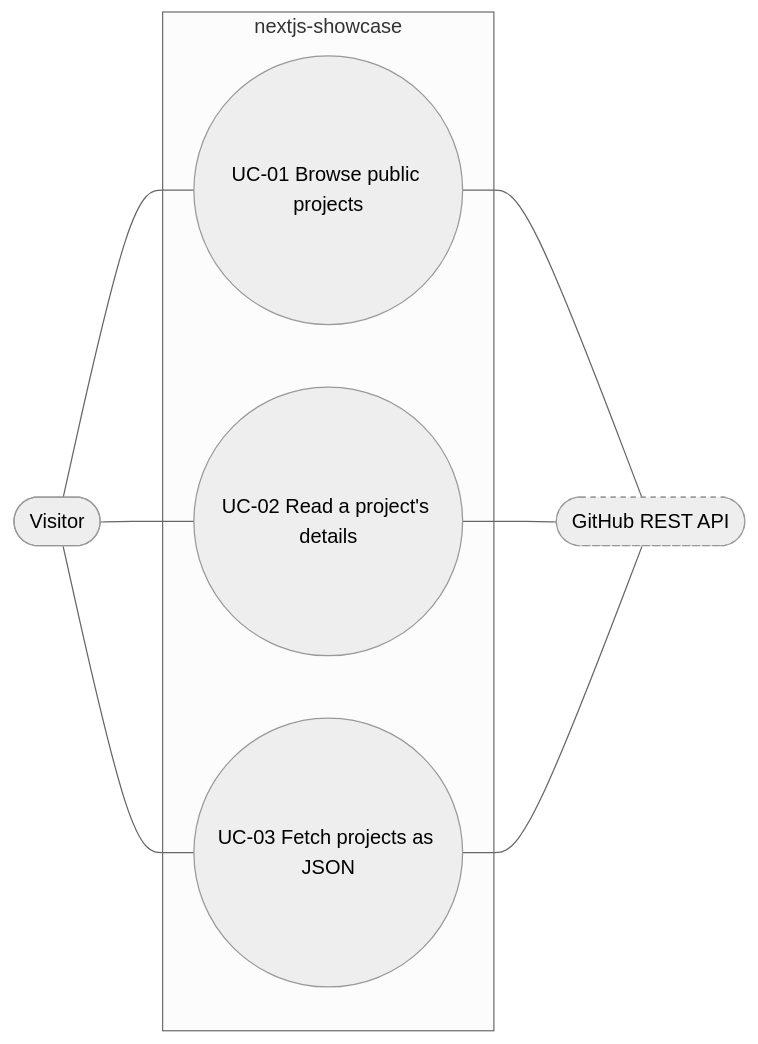
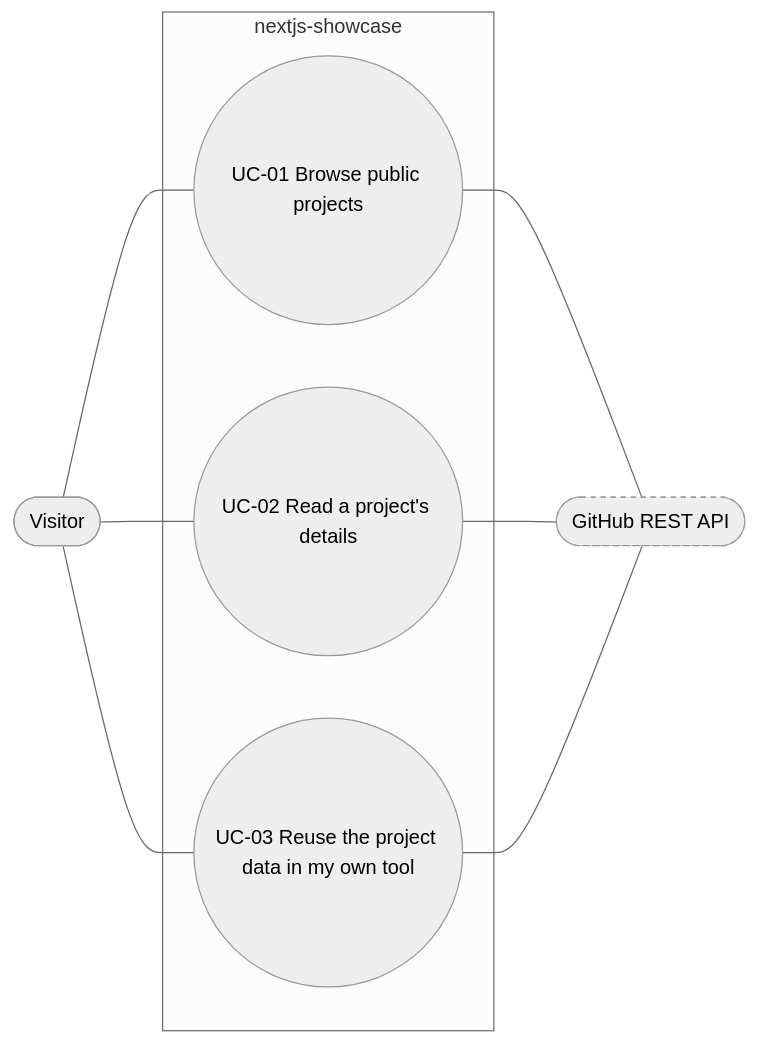
The diagram in docs/architecture/diagrams/dashboard/01-use-case.md (benoit-bremaud/nextjs-showcase), drawn with Mermaid (neutral theme) before and after one commit. The commit also changed other lines of this file and 5 other files, not shown here.

First line of the commit message:
docs(architecture): apply the local review to the conception

````diff
--- a/docs/architecture/diagrams/dashboard/01-use-case.md
+++ b/docs/architecture/diagrams/dashboard/01-use-case.md
@@ -5,17 +6,17 @@
 ```mermaid
 flowchart LR
   visitor([Visitor])
   github([GitHub REST API]):::secondary
   subgraph dashboard [nextjs-showcase]
     UC1((UC-01 Browse public projects))
     UC2((UC-02 Read a project's details))
-    UC3((UC-03 Fetch projects as JSON))
+    UC3((UC-03 Reuse the project data in my own tool))
   end
   visitor --- UC1
   visitor --- UC2
   visitor --- UC3
   UC1 --- github
   UC2 --- github
   UC3 --- github
   classDef secondary stroke-dasharray: 4 4
 ```
````
